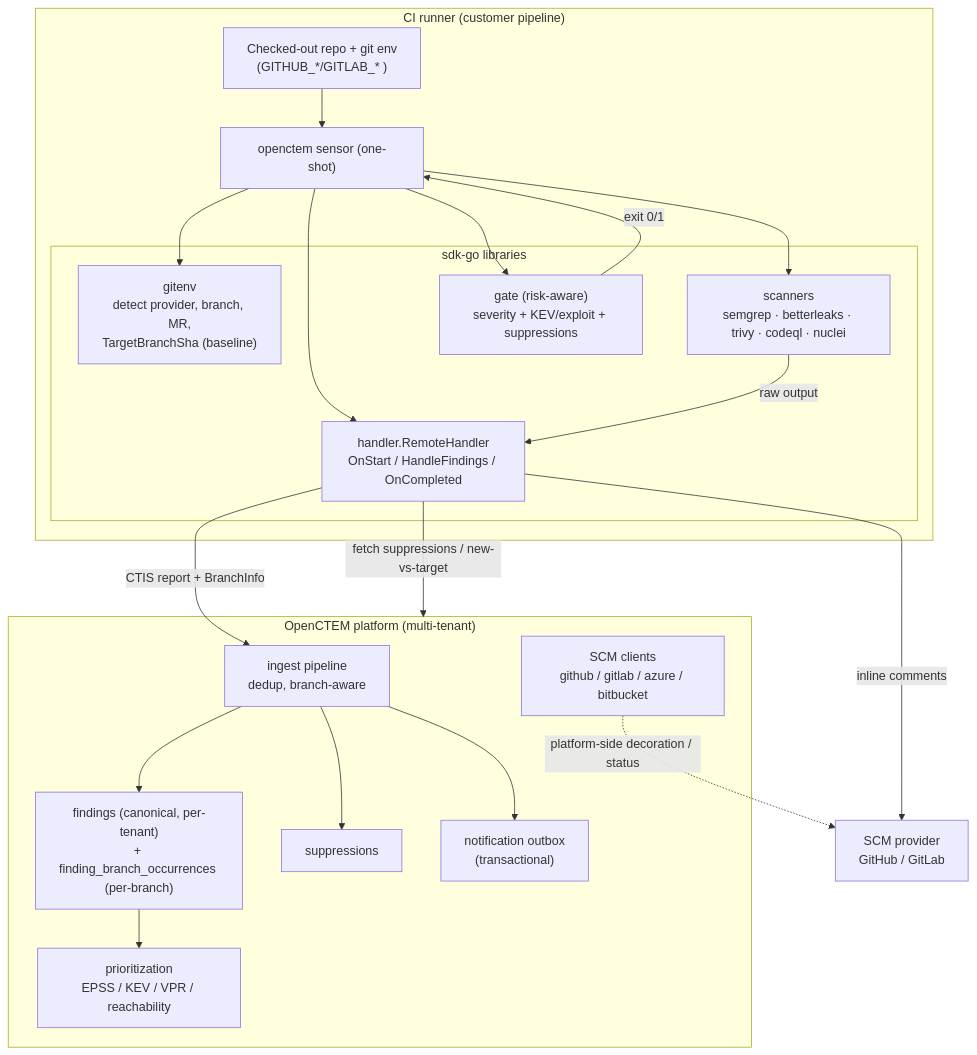
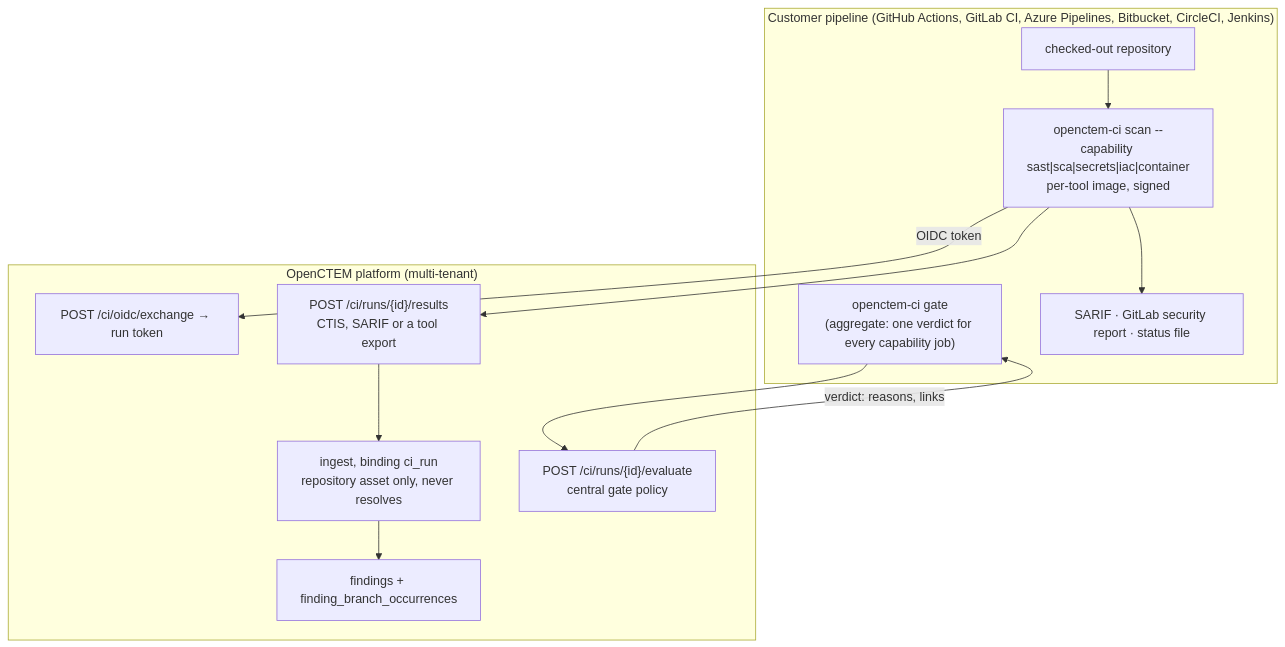
The first of 3 diagrams in api/docs/architecture/shift-left-ci-scanning.md (openctemio/openctem), drawn with Mermaid before and after one commit. The commit also changed other lines of this file and 5 other files, not shown here.

````diff
--- a/api/docs/architecture/shift-left-ci-scanning.md
+++ b/api/docs/architecture/shift-left-ci-scanning.md
@@ -18,36 +15,21 @@
 ```mermaid
 graph TD
-  subgraph CI["CI runner (customer pipeline)"]
-    SRC["Checked-out repo + git env<br/>(GITHUB_*/GITLAB_* )"]
-    AG["openctem sensor (one-shot)"]
-    subgraph SDK["sdk-go libraries"]
-      GE["gitenv<br/>detect provider, branch, MR,<br/>TargetBranchSha (baseline)"]
-      HD["handler.RemoteHandler<br/>OnStart / HandleFindings / OnCompleted"]
-      SC["scanners<br/>semgrep · betterleaks · trivy · codeql · nuclei"]
-      GT["gate (risk-aware)<br/>severity + KEV/exploit + suppressions"]
-    end
-    AG --> GE & HD & SC & GT
+  subgraph CI["Customer pipeline (GitHub Actions, GitLab CI, Azure Pipelines, Bitbucket, CircleCI, Jenkins)"]
+    SRC["checked-out repository"]
+    R["openctem-ci scan --capability sast|sca|secrets|iac|container<br/>per-tool image, signed"]
+    G["openctem-ci gate<br/>(aggregate: one verdict for every capability job)"]
+    OUT["SARIF · GitLab security report · status file"]
+    SRC --> R --> OUT
   end
-
   subgraph API["OpenCTEM platform (multi-tenant)"]
-    IN["ingest pipeline<br/>dedup, branch-aware"]
-    FD["findings (canonical, per-tenant)<br/>+ finding_branch_occurrences (per-branch)"]
-    PR["prioritization<br/>EPSS / KEV / VPR / reachability"]
-    SUP["suppressions"]
-    OBX["notification outbox<br/>(transactional)"]
-    SCMC["SCM clients<br/>github / gitlab / azure / bitbucket"]
+    EX["POST /ci/oidc/exchange → run token"]
+    UP["POST /ci/runs/{id}/results<br/>CTIS, SARIF or a tool export"]
+    IN["ingest, binding ci_run<br/>repository asset only, never resolves"]
+    FD["findings + finding_branch_occurrences"]
+    EV["POST /ci/runs/{id}/evaluate<br/>central gate policy"]
   end
-
-  GIT["SCM provider<br/>GitHub / GitLab"]
-
-  SRC --> AG
-  SC -->|raw output| HD
-  HD -->|CTIS report + BranchInfo| IN
-  IN --> FD --> PR
-  IN --> SUP
-  IN --> OBX
-  HD -->|fetch suppressions / new-vs-target| API
-  GT -->|exit 0/1| AG
-  HD -->|inline comments| GIT
-  SCMC -.->|platform-side decoration / status| GIT
+  R -- OIDC token --> EX
+  R --> UP --> IN --> FD
+  G --> EV
+  EV -- "verdict: reasons, links" --> G
 ```
````
